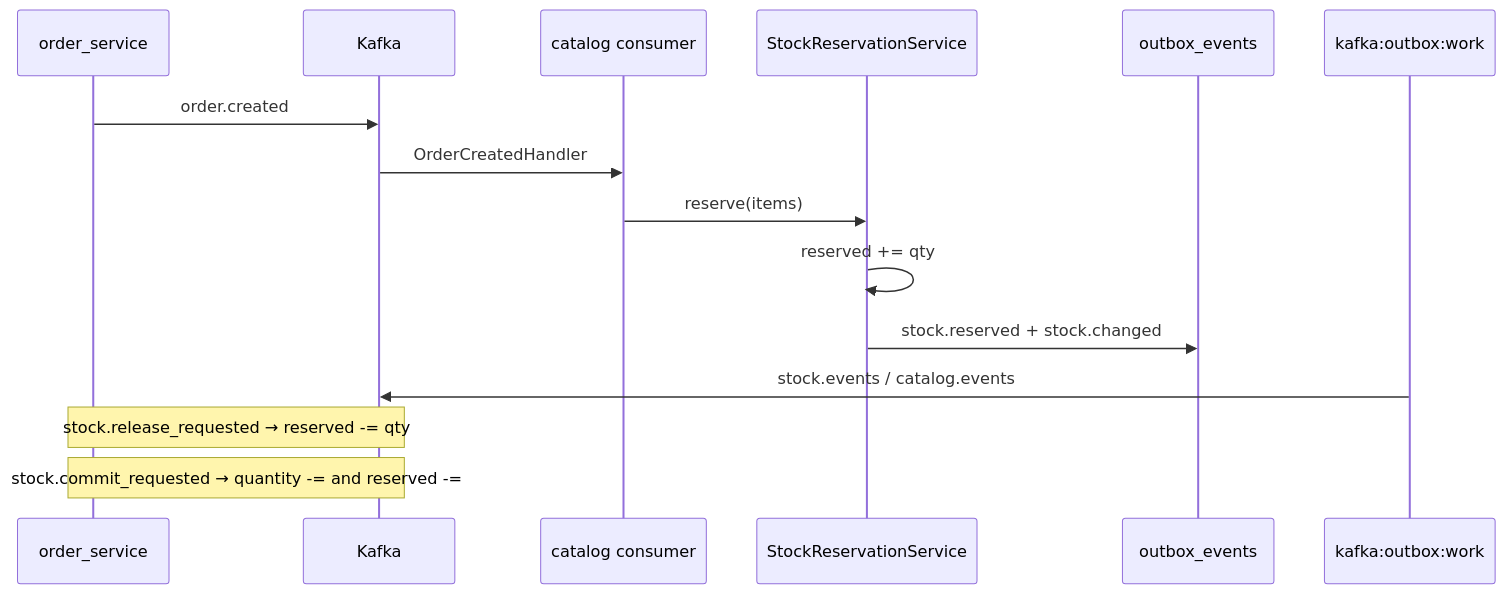
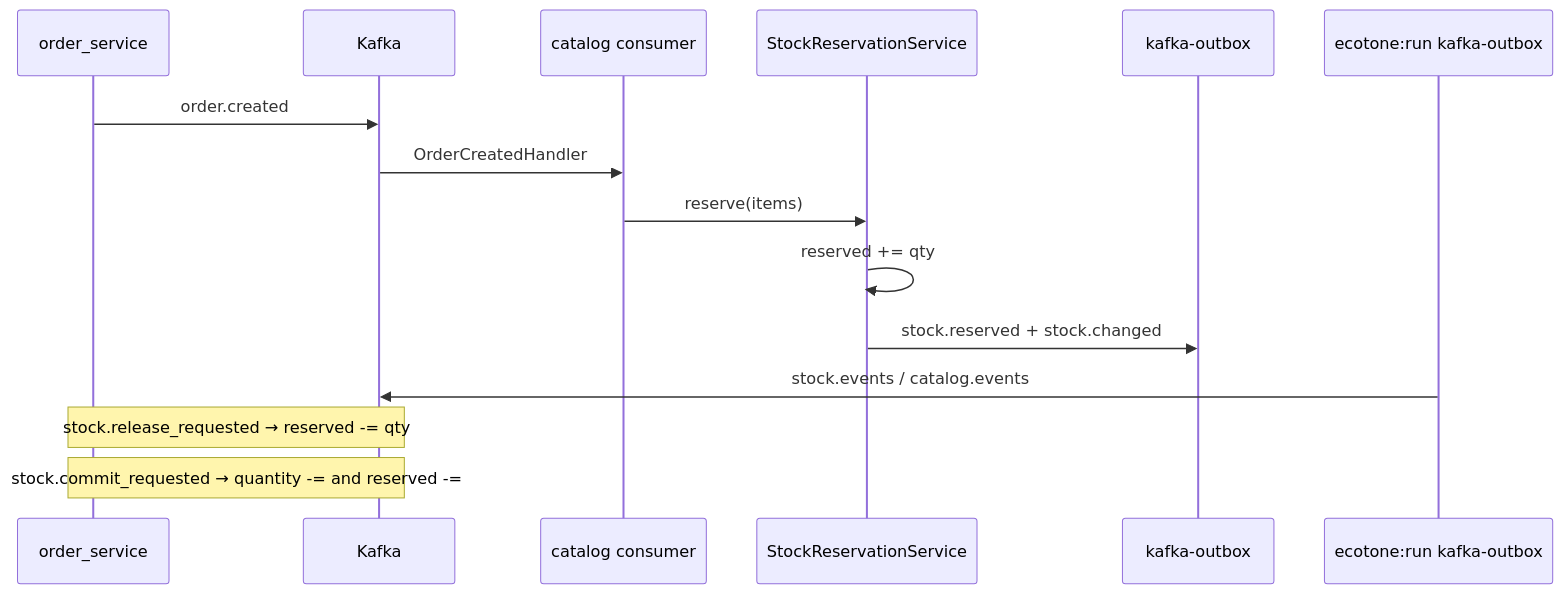
One commit to ff1nk1/e_commerce_platform changed the second of 2 diagrams in catalog_service/README.md. Above: the diagram before and after it, drawn with Mermaid. The commit also changed other lines of this file and 262 other files, not shown here.

Commit message:
Сага/Кафка/Outbox/Inbox теперь работают через Ecotone, добавил outbox в остальные сервисы

````diff
--- a/catalog_service/README.md
+++ b/catalog_service/README.md
@@ -99,18 +99,18 @@
 ```mermaid
 sequenceDiagram
   participant Order as order_service
   participant Kafka
   participant Cat as catalog consumer
   participant Svc as StockReservationService
-  participant Outbox as outbox_events
-  participant Worker as kafka:outbox:work
+  participant Outbox as kafka-outbox
+  participant Worker as ecotone:run kafka-outbox
 
   Order->>Kafka: order.created
   Kafka->>Cat: OrderCreatedHandler
   Cat->>Svc: reserve(items)
   Svc->>Svc: reserved += qty
   Svc->>Outbox: stock.reserved + stock.changed
   Worker->>Kafka: stock.events / catalog.events
   Note over Order,Kafka: stock.release_requested → reserved -= qty
   Note over Order,Kafka: stock.commit_requested → quantity -= and reserved -=
 ```
````
